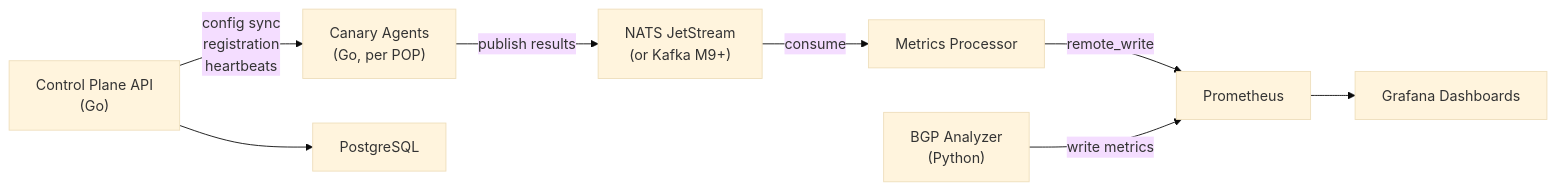
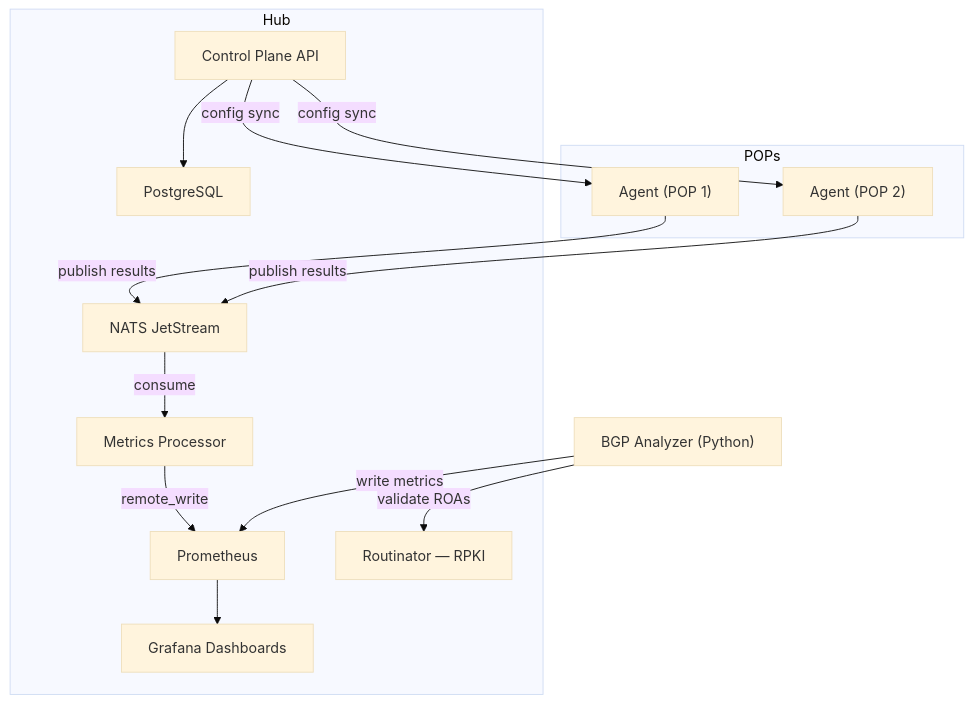
One commit to shankar0123/netvantage changed the diagram in README.md. Above: the diagram before and after it, drawn with Mermaid (base theme). The commit also changed other lines of this file and 10 other files, not shown here.

````diff
--- a/README.md
+++ b/README.md
@@ -27,10 +18,30 @@
 ```mermaid
-graph LR
-    A["Canary Agents<br/>(Go, per POP)"] -->|publish results| B["NATS JetStream<br/>(or Kafka M9+)"]
-    B -->|consume| C[Metrics Processor]
-    C -->|remote_write| D[Prometheus]
-    E["BGP Analyzer<br/>(Python)"] -->|write metrics| D
-    D --> F[Grafana Dashboards]
-    G["Control Plane API<br/>(Go)"] -->|config sync<br/>registration<br/>heartbeats| A
-    G --> H[PostgreSQL]
+graph TB
+    subgraph POPs
+        A1["Agent (POP 1)"]
+        A2["Agent (POP 2)"]
+    end
+
+    subgraph Hub
+        NATS[NATS JetStream]
+        MP[Metrics Processor]
+        PROM[Prometheus]
+        GRAF[Grafana Dashboards]
+        ROUT[Routinator — RPKI]
+        CP[Control Plane API]
+        PG[PostgreSQL]
+    end
+
+    BGP["BGP Analyzer (Python)"]
+
+    A1 -->|publish results| NATS
+    A2 -->|publish results| NATS
+    NATS -->|consume| MP
+    MP -->|remote_write| PROM
+    BGP -->|write metrics| PROM
+    BGP -->|validate ROAs| ROUT
+    PROM --> GRAF
+    CP --> PG
+    CP -->|config sync| A1
+    CP -->|config sync| A2
 ```
````
